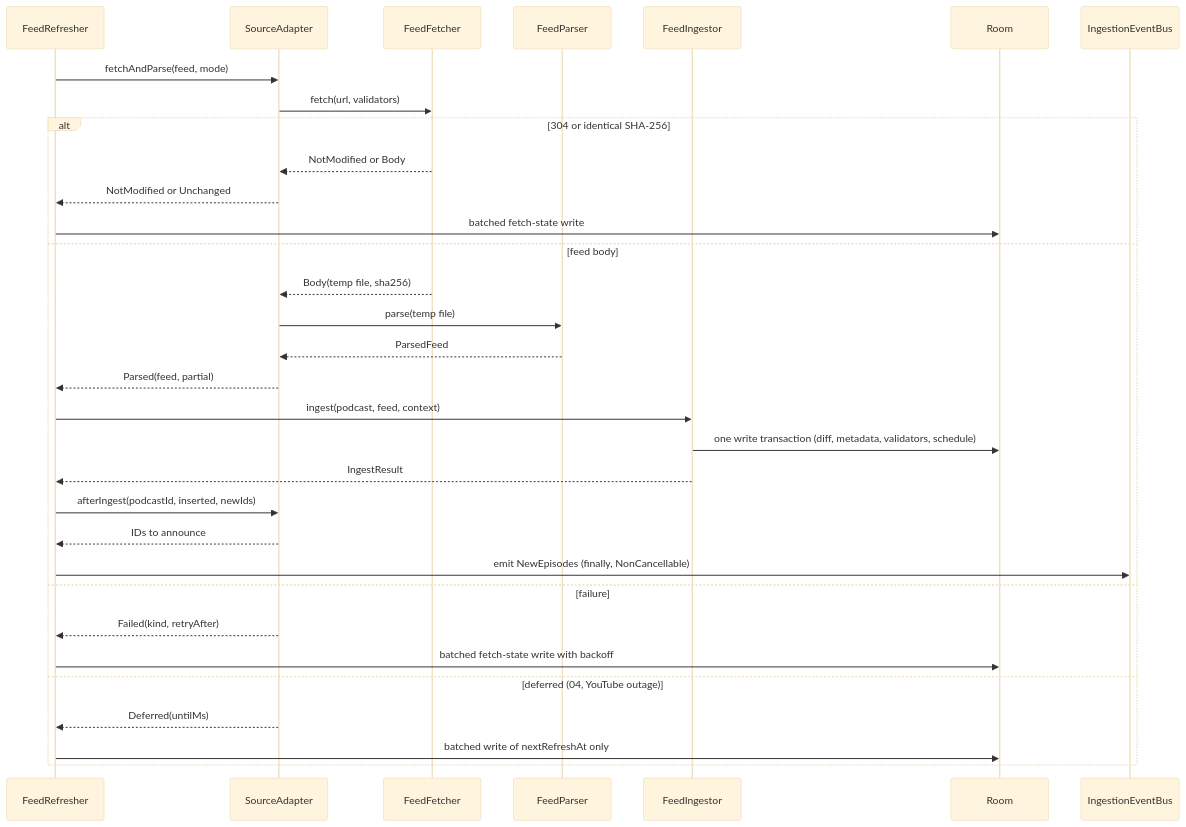
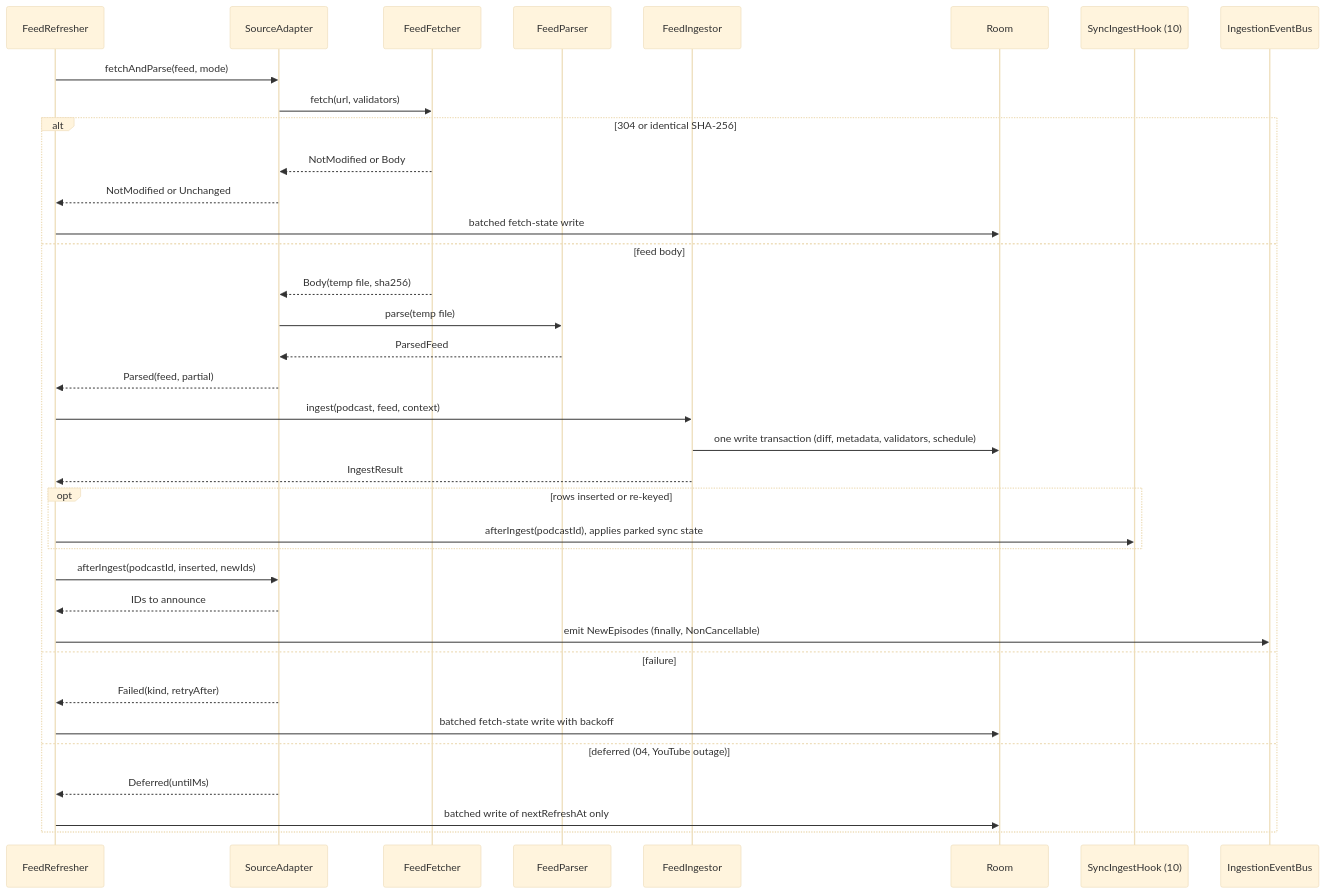
Before and after one commit to BigBoyDevBox/Neutrodyne: the second of 5 diagrams in docs/design/03-feeds-and-discovery.md, drawn with Mermaid (base theme). The commit also changed other lines of this file and 1 other file, not shown here.

````diff
--- a/docs/design/03-feeds-and-discovery.md
+++ b/docs/design/03-feeds-and-discovery.md
@@ -521,34 +573,38 @@
 ```mermaid
 sequenceDiagram
   participant E as FeedRefresher
   participant A as SourceAdapter
   participant F as FeedFetcher
   participant P as FeedParser
   participant I as FeedIngestor
   participant DB as Room
+  participant H as SyncIngestHook (10)
   participant B as IngestionEventBus
   E->>A: fetchAndParse(feed, mode)
   A->>F: fetch(url, validators)
   alt 304 or identical SHA-256
     F-->>A: NotModified or Body
     A-->>E: NotModified or Unchanged
     E->>DB: batched fetch-state write
   else feed body
     F-->>A: Body(temp file, sha256)
     A->>P: parse(temp file)
     P-->>A: ParsedFeed
     A-->>E: Parsed(feed, partial)
     E->>I: ingest(podcast, feed, context)
     I->>DB: one write transaction (diff, metadata, validators, schedule)
     I-->>E: IngestResult
+    opt rows inserted or re-keyed
+      E->>H: afterIngest(podcastId), applies parked sync state
+    end
     E->>A: afterIngest(podcastId, inserted, newIds)
     A-->>E: IDs to announce
     E->>B: emit NewEpisodes (finally, NonCancellable)
   else failure
     A-->>E: Failed(kind, retryAfter)
     E->>DB: batched fetch-state write with backoff
   else deferred (04, YouTube outage)
     A-->>E: Deferred(untilMs)
     E->>DB: batched write of nextRefreshAt only
   end
 ```
````
